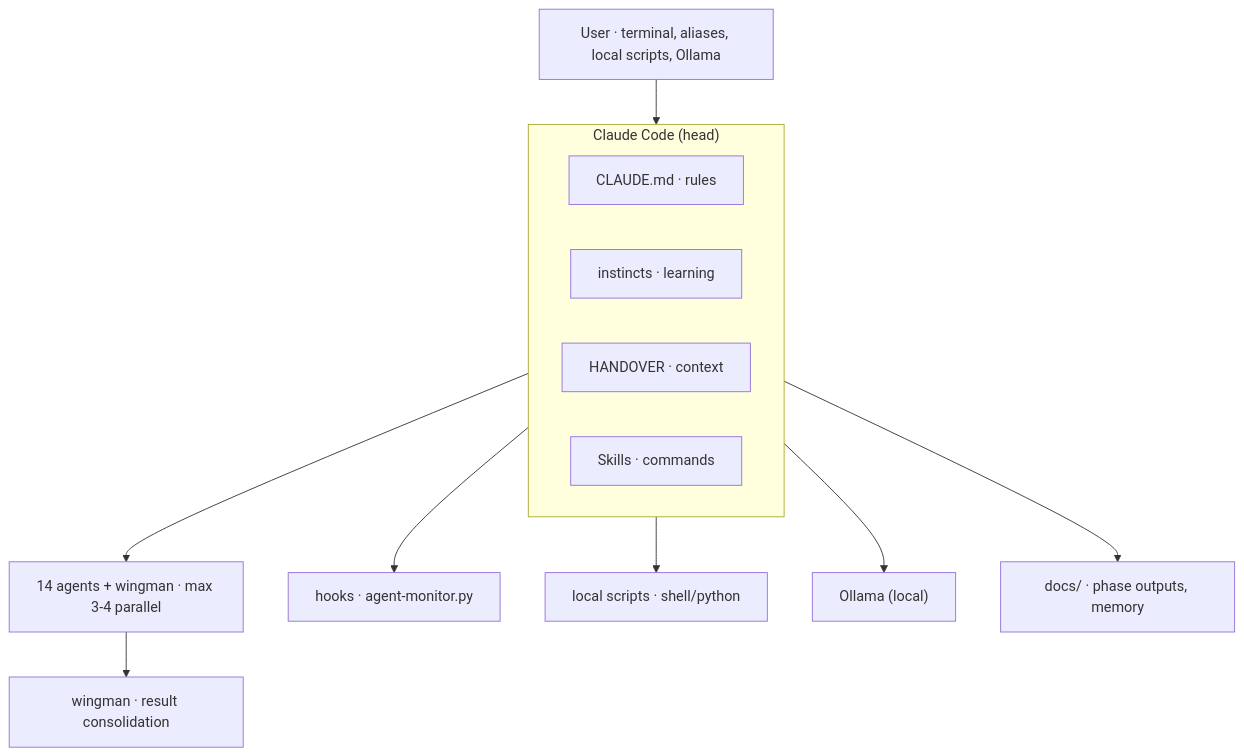
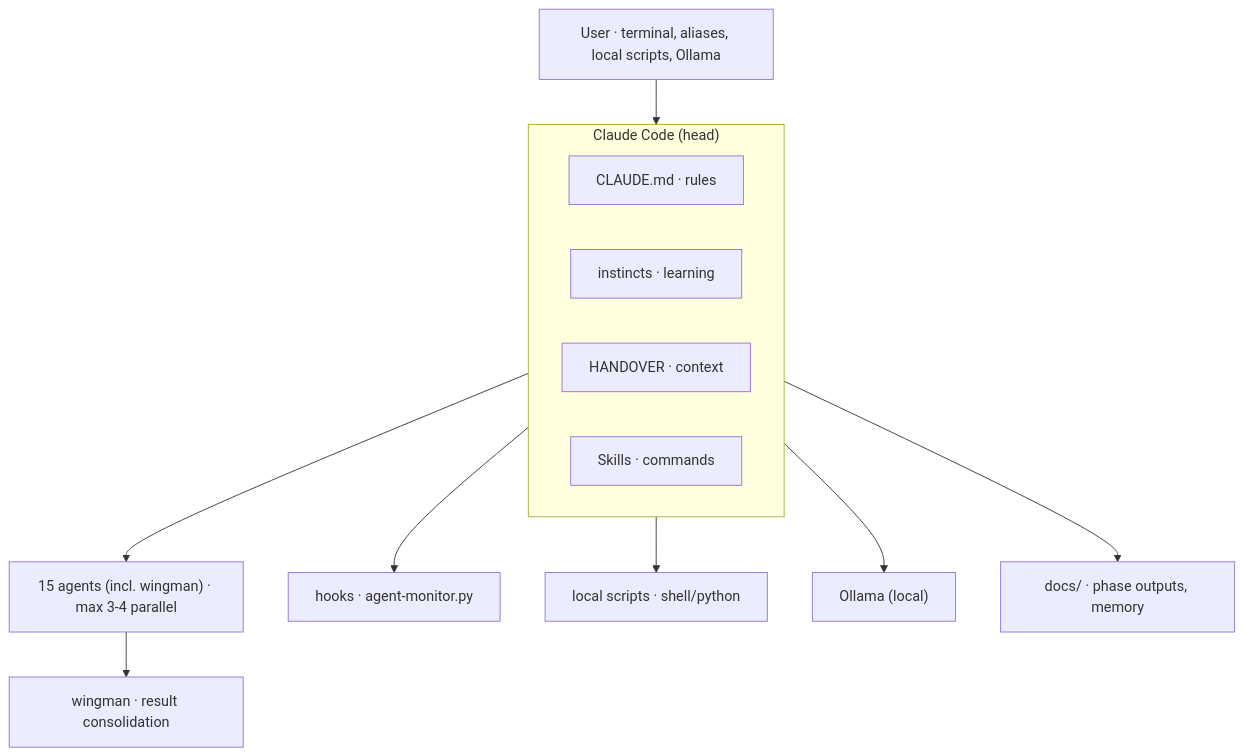
The diagram in Manual/SYSTEM_OVERVIEW.md (jonase47/ccpr), drawn with Mermaid before and after one commit. The commit also changed other lines of this file and 9 other files, not shown here.

````diff
--- a/Manual/SYSTEM_OVERVIEW.md
+++ b/Manual/SYSTEM_OVERVIEW.md
@@ -69,16 +69,16 @@
 ```mermaid
 flowchart TD
     User["User · terminal, aliases, local scripts, Ollama"] --> CC
     subgraph CC["Claude Code (head)"]
         Rules["CLAUDE.md · rules"]
         Inst["instincts · learning"]
         Hand["HANDOVER · context"]
         Skills["Skills · commands"]
     end
-    CC --> Agents["14 agents + wingman · max 3-4 parallel"]
+    CC --> Agents["15 agents (incl. wingman) · max 3-4 parallel"]
     Agents --> Wing["wingman · result consolidation"]
     CC --> Hooks["hooks · agent-monitor.py"]
     CC --> Scripts["local scripts · shell/python"]
     CC --> Ollama["Ollama (local)"]
     CC --> Docs["docs/ · phase outputs, memory"]
 ```
````
